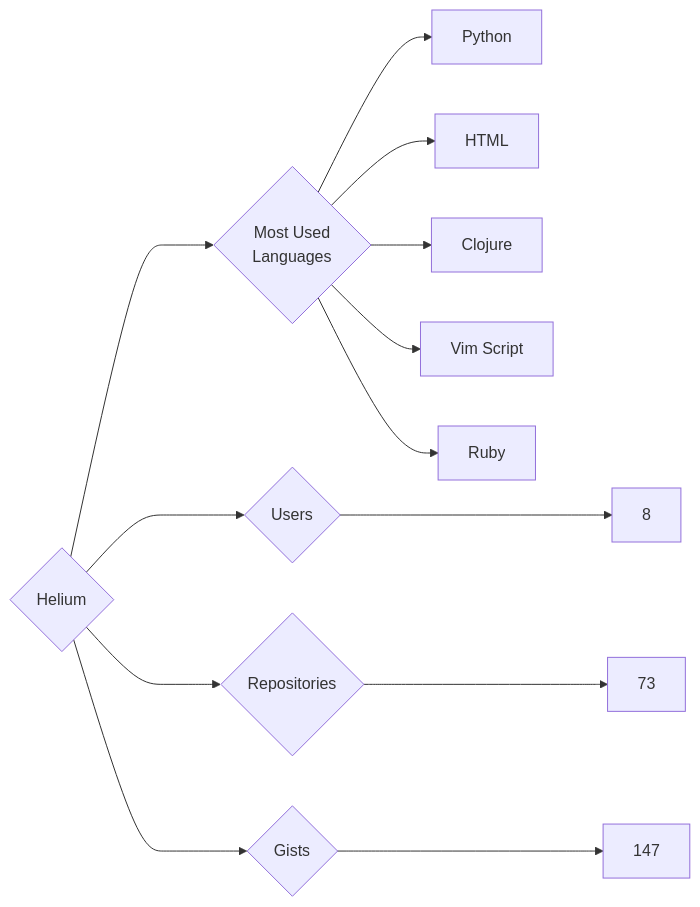
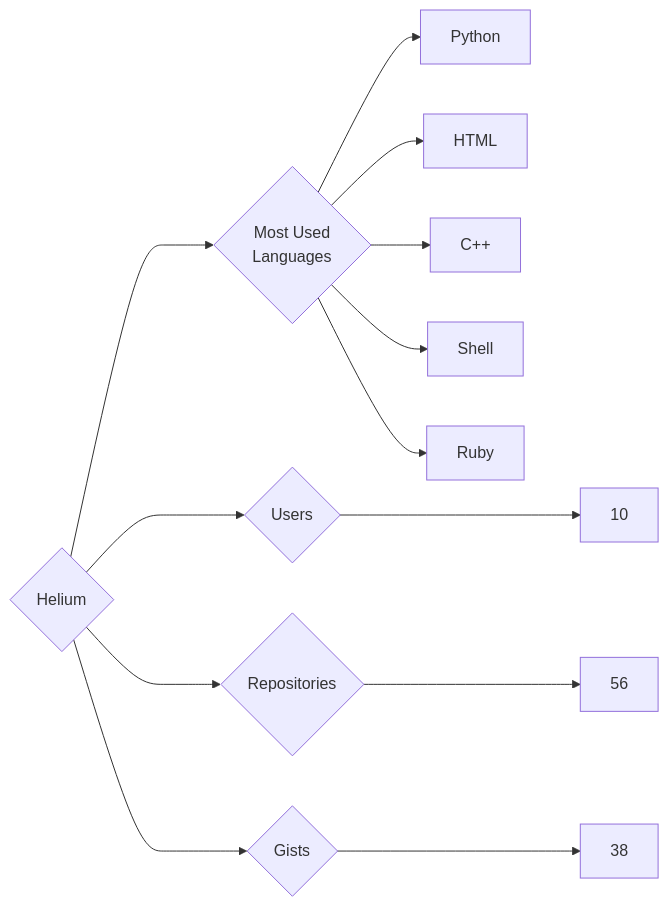
The diagram in targets/Helium/README.md (trickest/insiders), drawn with Mermaid before and after one commit. The commit also changed 1092 other files, not shown here.

````diff
--- a/targets/Helium/README.md
+++ b/targets/Helium/README.md
@@ -3,13 +3,13 @@
 ```mermaid
 graph LR
 COMPANY_NAME{Helium}
-COMPANY_NAME ---> U{Users} ---> UN[8]
-COMPANY_NAME ---> R{Repositories} ---> RN[73]
-COMPANY_NAME ---> G{Gists} ---> GN[147]
+COMPANY_NAME ---> U{Users} ---> UN[10]
+COMPANY_NAME ---> R{Repositories} ---> RN[56]
+COMPANY_NAME ---> G{Gists} ---> GN[38]
 COMPANY_NAME ---> ML{Most Used<br>Languages}
 ML --> Python[Python]
 ML --> HTML[HTML]
-ML --> Clojure[Clojure]
-ML --> Vim_Script[Vim Script]
+ML --> C++[C++]
+ML --> Shell[Shell]
 ML --> Ruby[Ruby]
 ```
````
